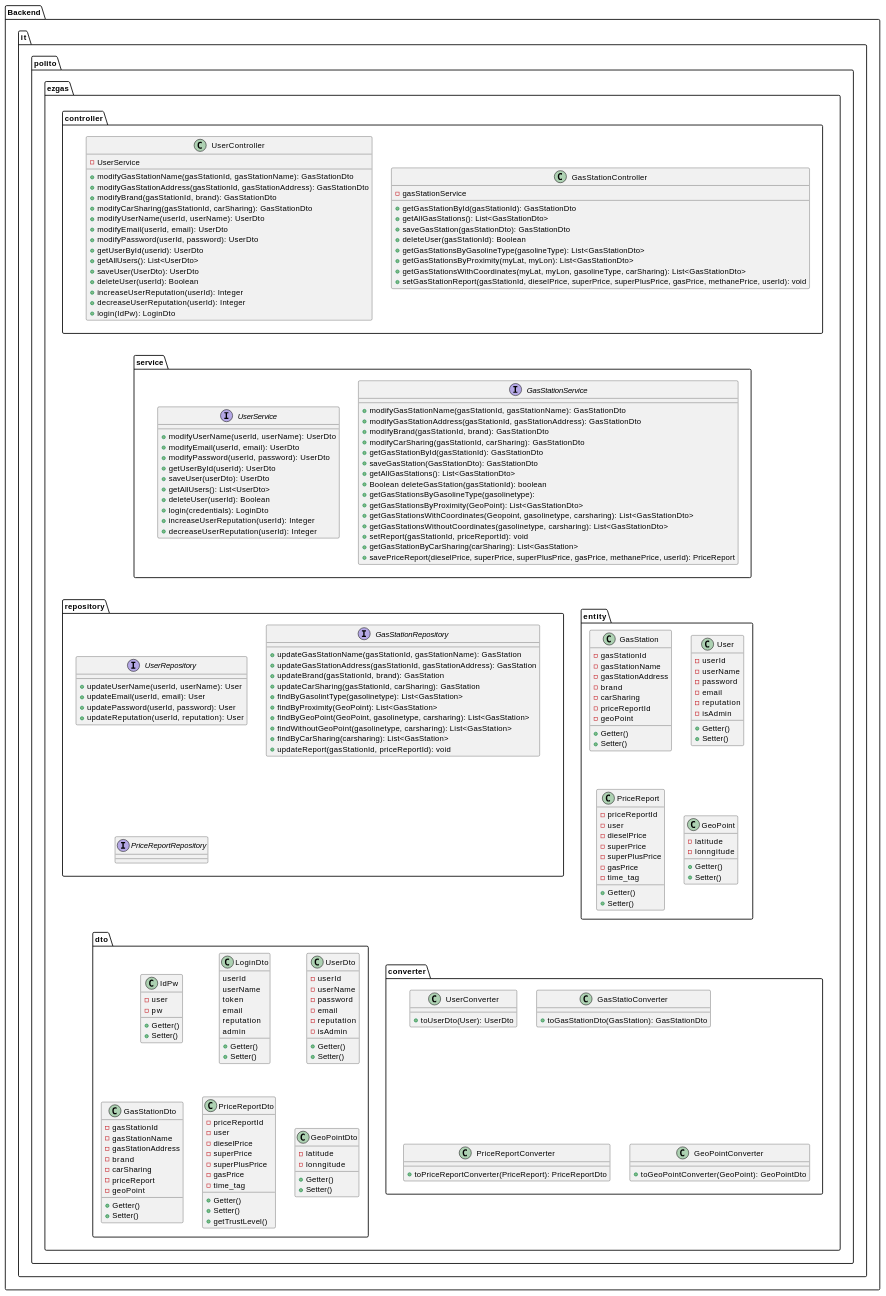
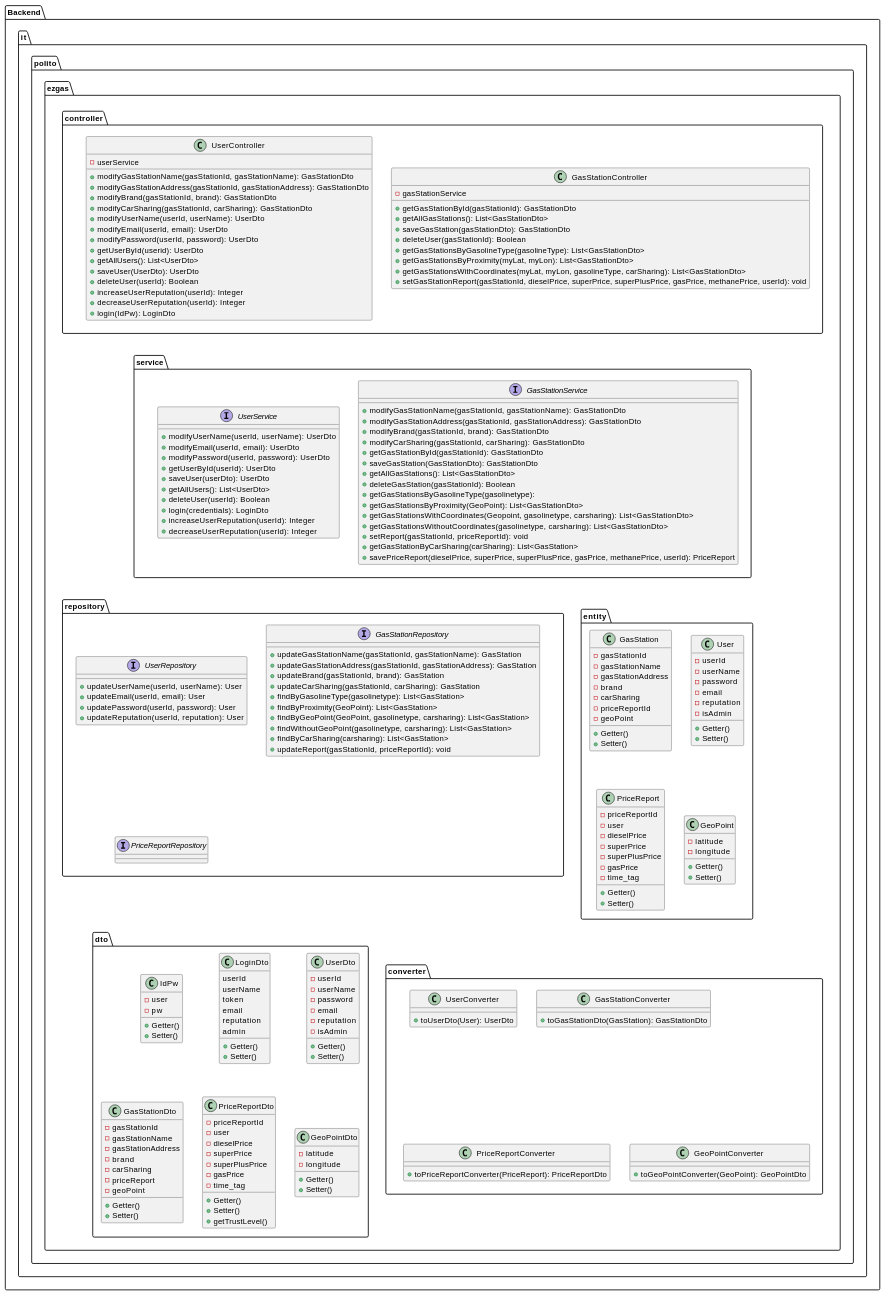
Before and after one commit to SE2-group4/SE1-project: the fourth of 15 diagrams in docs/DesignDocument.md, drawn with PlantUML. The commit also changed other lines of this file, not shown here.

Commit message:
style: spelling checks

```diff
--- a/docs/DesignDocument.md
+++ b/docs/DesignDocument.md
@@ -238,7 +238,7 @@
         + updateGasStationAddress(gasStationId, gasStationAddress): GasStation
         + updateBrand(gasStationId, brand): GasStation
         + updateCarSharing(gasStationId, carSharing): GasStation
-        + findByGasolintType(gasolinetype): List<GasStation>
+        + findByGasolineType(gasolinetype): List<GasStation>
         + findByProximity(GeoPoint): List<GasStation>
         + findByGeoPoint(GeoPoint, gasolinetype, carsharing): List<GasStation>
         + findWithoutGeoPoint(gasolinetype, carsharing): List<GasStation>
@@ -283,7 +283,7 @@
     }
     class GeoPoint{
         - latitude
-        - lonngitude
+        - longitude
         + Getter()
         + Setter()
     }
@@ -342,7 +342,7 @@
     }
     class GeoPointDto{
         - latitude
-        - lonngitude
+        - longitude
         + Getter()
         + Setter()
     }
@@ -352,7 +352,7 @@
     class UserConverter{
         + toUserDto(User): UserDto
     }
-    class GasStatioConverter{
+    class GasStationConverter{
         + toGasStationDto(GasStation): GasStationDto
     }
     class PriceReportConverter{
@@ -372,7 +372,7 @@
        + getGasStationById(gasStationId): GasStationDto
        + saveGasStation(GasStationDto): GasStationDto
        + getAllGasStations(): List<GasStationDto>
-       + Boolean deleteGasStation(gasStationId): boolean
+       + deleteGasStation(gasStationId): Boolean
        + getGasStationsByGasolineType(gasolinetype):  
        + getGasStationsByProximity(GeoPoint): List<GasStationDto>
        + getGasStationsWithCoordinates(Geopoint, gasolinetype, carsharing): List<GasStationDto>
@@ -409,7 +409,7 @@
     }
 
     class UserController{
-        - UserService
+        - userService
         + modifyGasStationName(gasStationId, gasStationName): GasStationDto
         + modifyGasStationAddress(gasStationId, gasStationAddress): GasStationDto
         + modifyBrand(gasStationId, brand): GasStationDto
```
